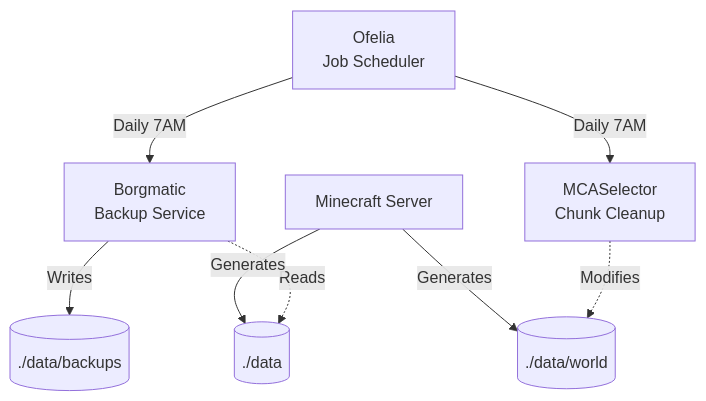
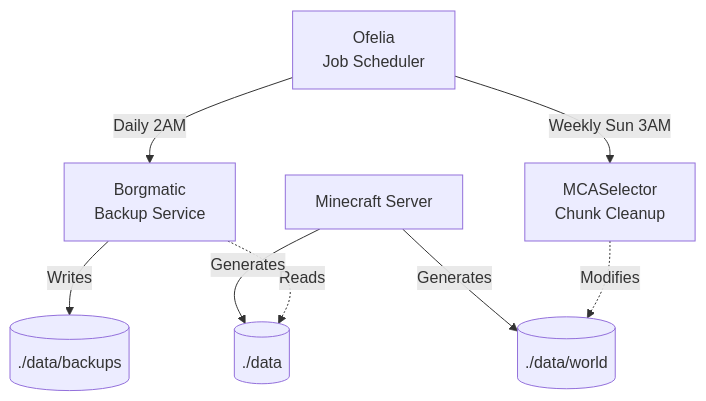
Before and after one commit to AbbyNode/minecraft-modpack-docker: the diagram in docs/ARCHITECTURE.md, drawn with Mermaid. The commit also changed other lines of this file and 4 other files, not shown here.

````diff
--- a/docs/ARCHITECTURE.md
+++ b/docs/ARCHITECTURE.md
@@ -5,17 +5,17 @@
 ```mermaid
 graph TB
     Ofelia[Ofelia<br/>Job Scheduler]
     Borgmatic[Borgmatic<br/>Backup Service]
     MCASelector[MCASelector<br/>Chunk Cleanup]
     Minecraft[Minecraft Server]
     
-    Ofelia -->|Daily 7AM| Borgmatic
-    Ofelia -->|Daily 7AM| MCASelector
+    Ofelia -->|Daily 2AM| Borgmatic
+    Ofelia -->|Weekly Sun 3AM| MCASelector
     
     Borgmatic -.->|Reads| Data[(./data)]
     MCASelector -.->|Modifies| World[(./data/world)]
     Minecraft -->|Generates| Data
     Minecraft -->|Generates| World
     
     Borgmatic -->|Writes| Backups[(./data/backups)]
 ```
````
